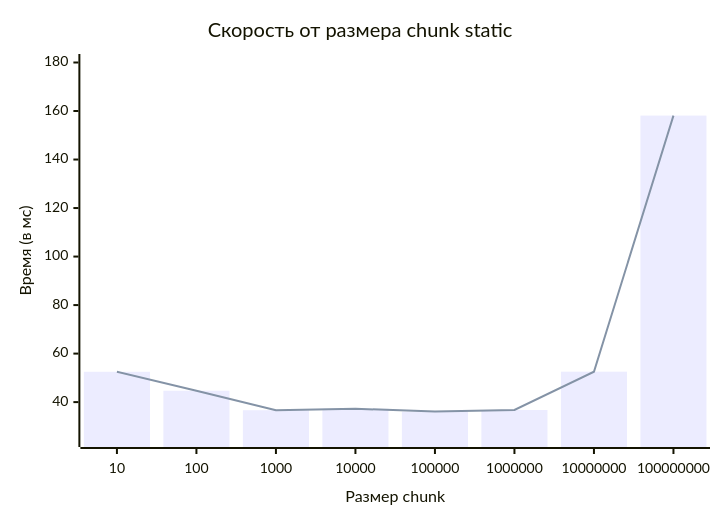
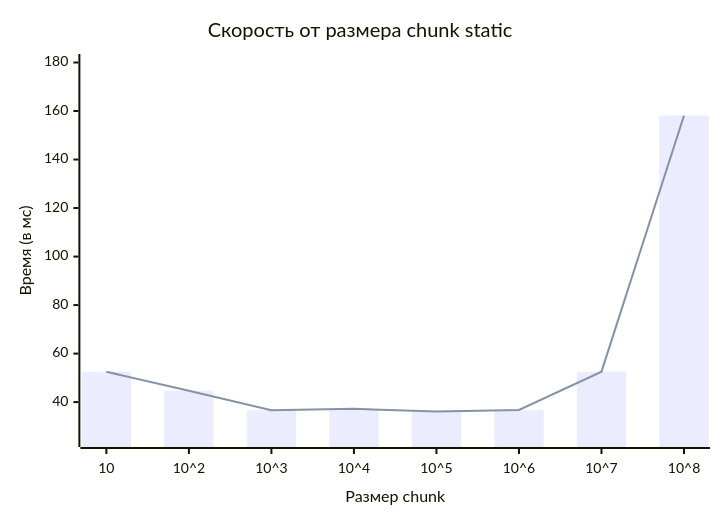
Before and after one commit to simakov-pe/DIP_lab1_Simakov1: the second of 8 diagrams in REPORT.md, drawn with Mermaid.

````diff
--- a/REPORT.md
+++ b/REPORT.md
@@ -15,8 +15,8 @@
 ```mermaid
 xychart-beta
     title "Скорость от размера chunk static"
-    x-axis "Размер chunk" [10, 100, 1000, 10000, 100000, 1000000, 10000000, 100000000]
+    x-axis "Размер chunk" [10, "10^2", "10^3", "10^4", "10^5", "10^6", "10^7", "10^8"]
     y-axis "Время (в мс)" 25 --> 180
     bar [52.5148, 44.6934, 36.6548, 37.2585, 36.0838, 36.7529, 52.5483, 158.109]
     line [52.5148, 44.6934, 36.6548, 37.2585, 36.0838, 36.7529, 52.5483, 158.109]
 ```
````
